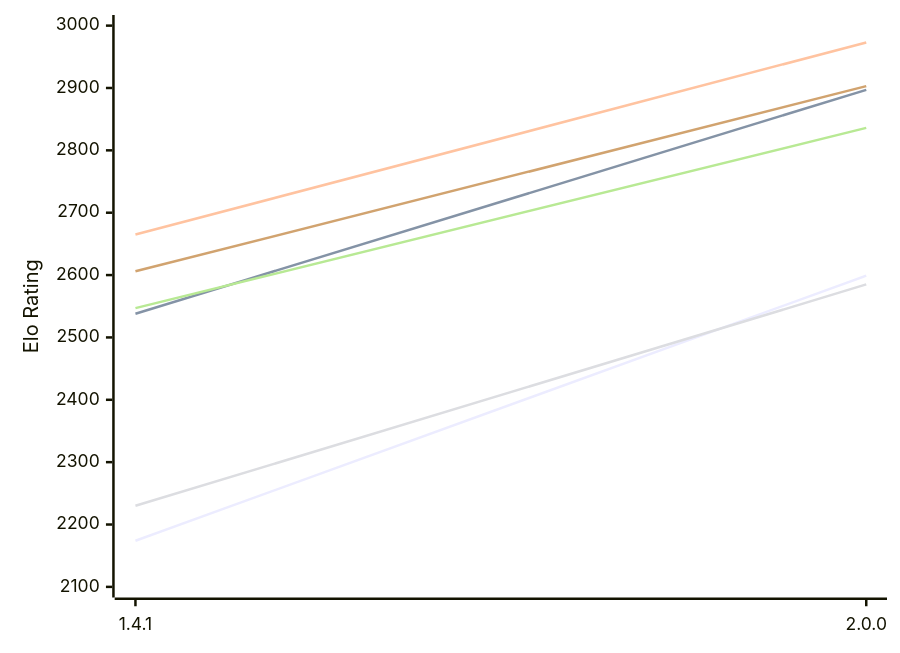
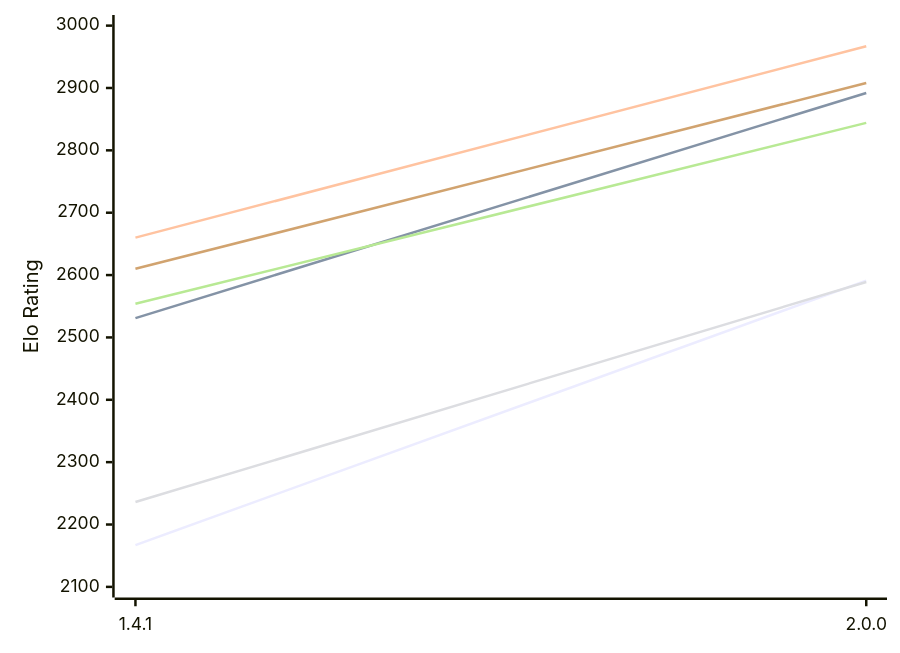
Before and after one commit to computer-chess-index/cci: the first of 2 diagrams in engines/Chal.md, drawn with Mermaid. The commit also changed other lines of this file, not shown here.

Commit message:
Update CCI Ratings (ELO VLTC) - 2026-11-18

````diff
--- a/engines/Chal.md
+++ b/engines/Chal.md
@@ -55,12 +55,12 @@
 ```mermaid
 %%{init: {"theme":"base","themeVariables":{"seriesColors:['#a3a3a3','#222221','#faa371']}}}%%
 xychart-beta
   x-axis ["1.4.1", "2.0.0"]
   y-axis "Elo Rating" 2100 --> 3000
-  line "E1: STC (8.0+0.08s)" [2174, 2599]
-  line "E1: LTC (60.0+0.60s)" [2538, 2897]
-  line "E1: VLTC (2m24s+1.12s)" [2665, 2973]
-  line "P1: STC (8.0+0.08s)" [2230, 2585]
-  line "P1: LTC (60.0+0.60s)" [2547, 2836]
-  line "P1: VLTC (2m24s+1.12s)" [2606, 2903]
+  line "E1: STC (8.0+0.08s)" [2167, 2591]
+  line "E1: LTC (60.0+0.60s)" [2531, 2892]
+  line "E1: VLTC (2m24s+1.12s)" [2660, 2967]
+  line "P1: STC (8.0+0.08s)" [2236, 2589]
+  line "P1: LTC (60.0+0.60s)" [2554, 2844]
+  line "P1: VLTC (2m24s+1.12s)" [2610, 2908]
 ```
````
